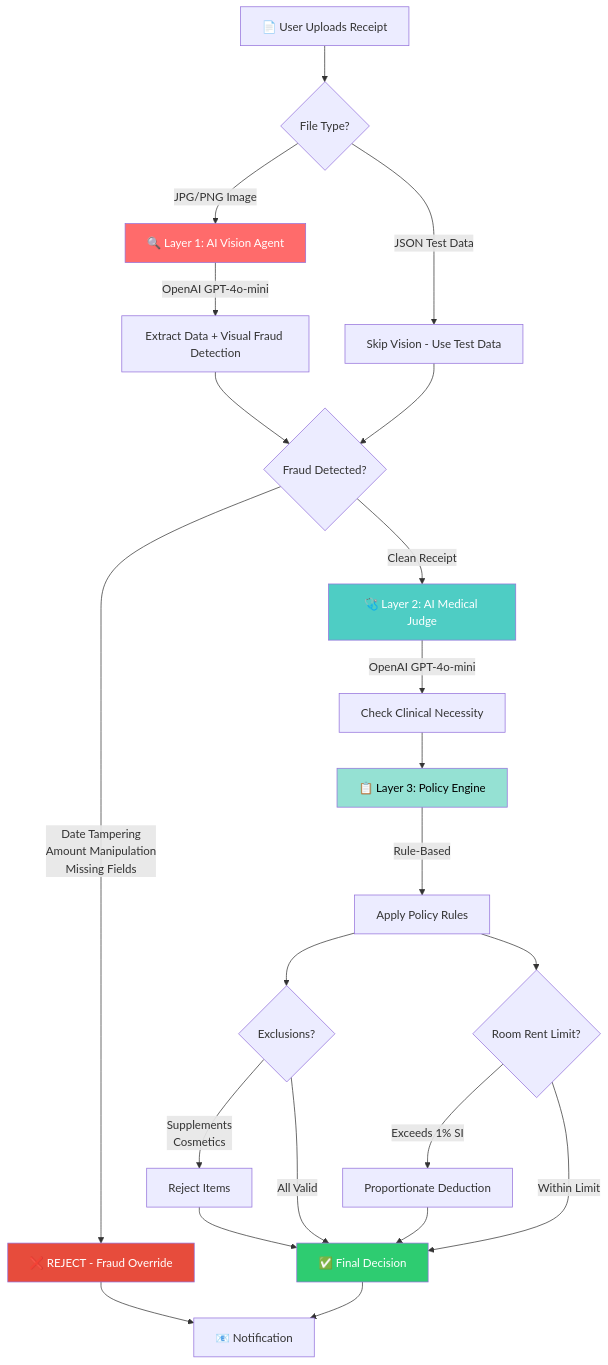
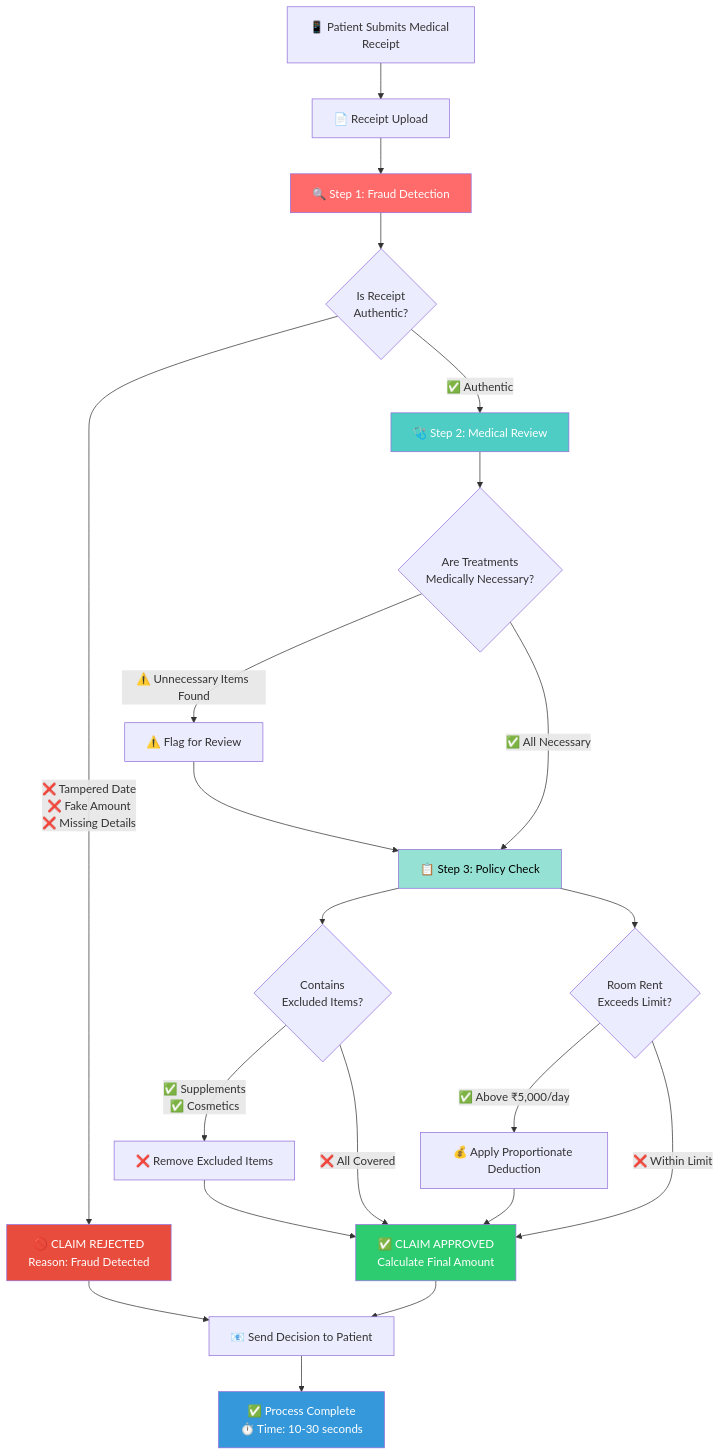
Before and after one commit to sankar1mani/claimguardAI: the diagram in README.md, drawn with Mermaid. The commit also changed other lines of this file, not shown here.

````diff
--- a/README.md
+++ b/README.md
@@ -67,38 +67,41 @@
 ```mermaid
 graph TB
-    A[📄 User Uploads Receipt] --> B{File Type?}
+    Start[📱 Patient Submits Medical Receipt] --> Upload[📄 Receipt Upload]
     
-    B -->|JPG/PNG Image| C[🔍 Layer 1: AI Vision Agent]
-    B -->|JSON Test Data| D[Skip Vision - Use Test Data]
+    Upload --> Check1[🔍 Step 1: Fraud Detection]
+    Check1 --> Fraud{Is Receipt<br/>Authentic?}
     
-    C -->|OpenAI GPT-4o-mini| E[Extract Data + Visual Fraud Detection]
-    D --> F
+    Fraud -->|❌ Tampered Date<br/>❌ Fake Amount<br/>❌ Missing Details| Reject[🚫 CLAIM REJECTED<br/>Reason: Fraud Detected]
     
-    E --> F{Fraud Detected?}
-    F -->|Date Tampering<br/>Amount Manipulation<br/>Missing Fields| G[❌ REJECT - Fraud Override]
-    F -->|Clean Receipt| H[🩺 Layer 2: AI Medical Judge]
+    Fraud -->|✅ Authentic| Check2[🩺 Step 2: Medical Review]
+    Check2 --> Medical{Are Treatments<br/>Medically Necessary?}
     
-    H -->|OpenAI GPT-4o-mini| I[Check Clinical Necessity]
-    I --> J[📋 Layer 3: Policy Engine]
+    Medical -->|⚠️ Unnecessary Items Found| Flag[⚠️ Flag for Review]
+    Medical -->|✅ All Necessary| Check3[📋 Step 3: Policy Check]
+    Flag --> Check3
     
-    J -->|Rule-Based| K[Apply Policy Rules]
-    K --> L{Exclusions?}
-    K --> M{Room Rent Limit?}
+    Check3 --> Policy1{Contains<br/>Excluded Items?}
+    Policy1 -->|✅ Supplements<br/>✅ Cosmetics| Remove[❌ Remove Excluded Items]
     
-    L -->|Supplements<br/>Cosmetics| N[Reject Items]
-    M -->|Exceeds 1% SI| O[Proportionate Deduction]
+    Check3 --> Policy2{Room Rent<br/>Exceeds Limit?}
+    Policy2 -->|✅ Above ₹5,000/day| Deduct[💰 Apply Proportionate Deduction]
     
-    N --> P[✅ Final Decision]
-    O --> P
-    L -->|All Valid| P
-    M -->|Within Limit| P
+    Policy1 -->|❌ All Covered| Approve
+    Policy2 -->|❌ Within Limit| Approve
+    Remove --> Approve
+    Deduct --> Approve
     
-    G --> Q[📧 Notification]
-    P --> Q
+    Approve[✅ CLAIM APPROVED<br/>Calculate Final Amount]
     
-    style C fill:#ff6b6b,color:#fff
-    style H fill:#4ecdc4,color:#fff
-    style J fill:#95e1d3,color:#000
-    style G fill:#e74c3c,color:#fff
-    style P fill:#2ecc71,color:#fff
+    Approve --> Notify[📧 Send Decision to Patient]
+    Reject --> Notify
+    
+    Notify --> End[✅ Process Complete<br/>⏱️ Time: 10-30 seconds]
+    
+    style Check1 fill:#ff6b6b,color:#fff
+    style Check2 fill:#4ecdc4,color:#fff
+    style Check3 fill:#95e1d3,color:#000
+    style Reject fill:#e74c3c,color:#fff
+    style Approve fill:#2ecc71,color:#fff
+    style End fill:#3498db,color:#fff
 ```
````
